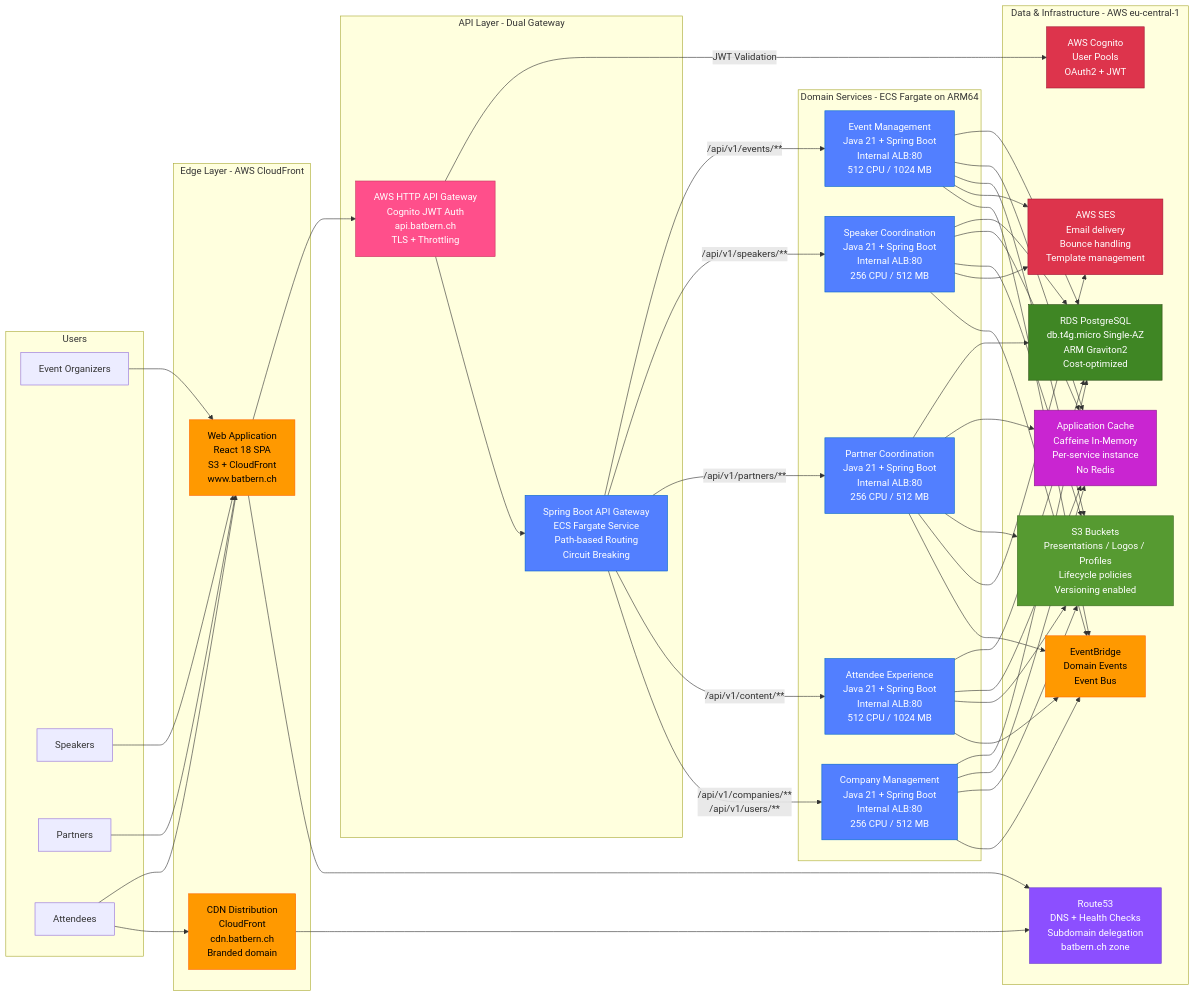
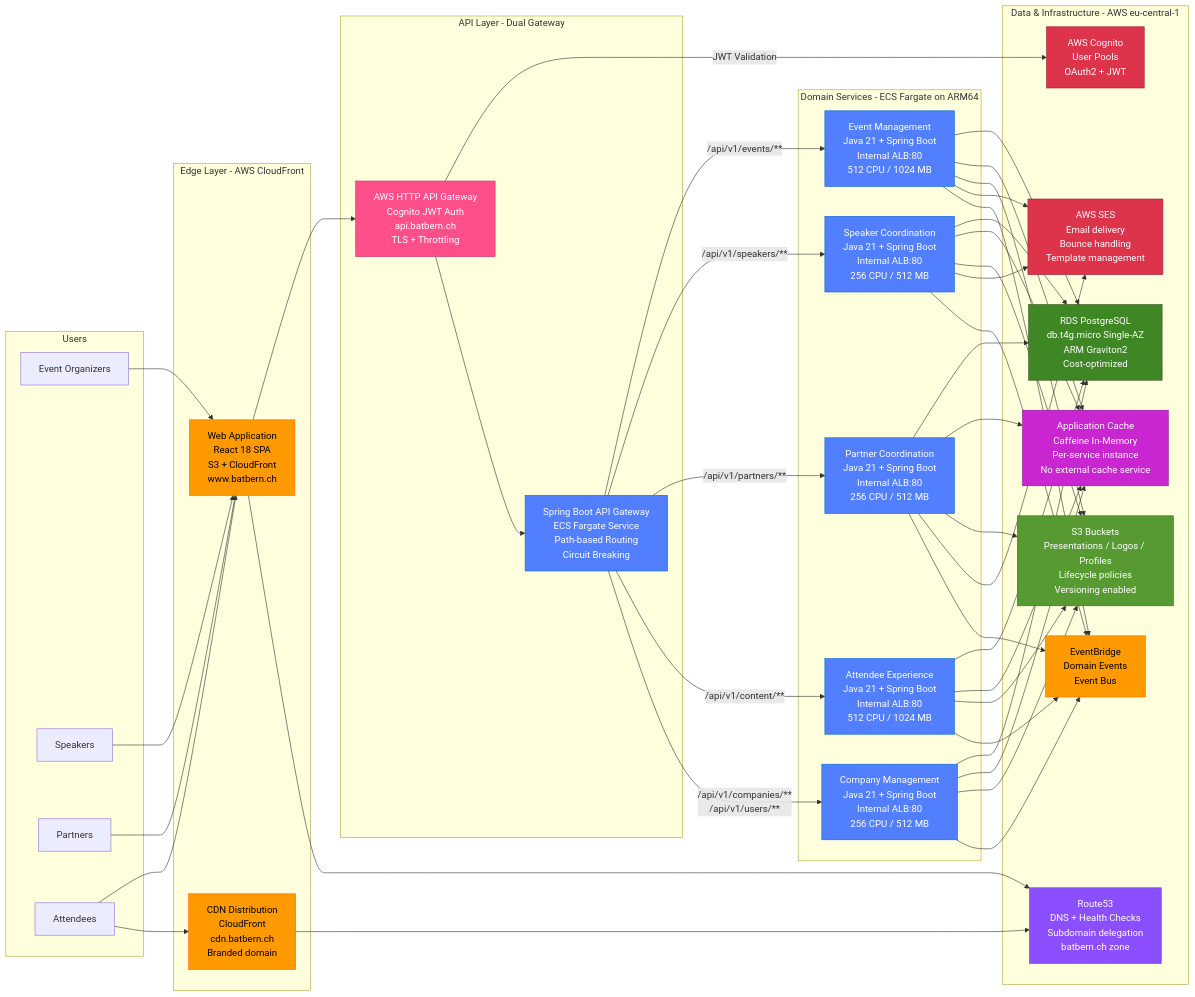
Before and after one commit to nissimbuchs/BATbern2: the second of 3 diagrams in docs/architecture/01-system-overview.md, drawn with Mermaid. The commit also changed other lines of this file and 31 other files, not shown here.

First line of the commit message:
docs: replace Redis with Caffeine across all documentation

````diff
--- a/docs/architecture/01-system-overview.md
+++ b/docs/architecture/01-system-overview.md
@@ -119,75 +119,75 @@
 ```mermaid
 graph LR
     subgraph "Users"
         A[Event Organizers]
         B[Speakers]
         C[Partners]
         D[Attendees]
     end
 
     subgraph "Edge Layer - AWS CloudFront"
         E[Web Application<br/>React 18 SPA<br/>S3 + CloudFront<br/>www.batbern.ch]
         Q[CDN Distribution<br/>CloudFront<br/>cdn.batbern.ch<br/>Branded domain]
     end
 
     subgraph "API Layer - Dual Gateway"
         G[AWS HTTP API Gateway<br/>Cognito JWT Auth<br/>api.batbern.ch<br/>TLS + Throttling]
         GW[Spring Boot API Gateway<br/>ECS Fargate Service<br/>Path-based Routing<br/>Circuit Breaking]
     end
 
     subgraph "Domain Services - ECS Fargate on ARM64"
         H[Event Management<br/>Java 21 + Spring Boot<br/>Internal ALB:80<br/>512 CPU / 1024 MB]
         I[Speaker Coordination<br/>Java 21 + Spring Boot<br/>Internal ALB:80<br/>256 CPU / 512 MB]
         J[Partner Coordination<br/>Java 21 + Spring Boot<br/>Internal ALB:80<br/>256 CPU / 512 MB]
         K[Attendee Experience<br/>Java 21 + Spring Boot<br/>Internal ALB:80<br/>512 CPU / 1024 MB]
         L[Company Management<br/>Java 21 + Spring Boot<br/>Internal ALB:80<br/>256 CPU / 512 MB]
     end
 
     subgraph "Data & Infrastructure - AWS eu-central-1"
         M[AWS Cognito<br/>User Pools<br/>OAuth2 + JWT]
         N[RDS PostgreSQL<br/>db.t4g.micro Single-AZ<br/>ARM Graviton2<br/>Cost-optimized]
-        O[Application Cache<br/>Caffeine In-Memory<br/>Per-service instance<br/>No Redis]
+        O[Application Cache<br/>Caffeine In-Memory<br/>Per-service instance<br/>No external cache service]
         P[S3 Buckets<br/>Presentations / Logos / Profiles<br/>Lifecycle policies<br/>Versioning enabled]
         R[AWS SES<br/>Email delivery<br/>Bounce handling<br/>Template management]
         S[Route53<br/>DNS + Health Checks<br/>Subdomain delegation<br/>batbern.ch zone]
         EB[EventBridge<br/>Domain Events<br/>Event Bus]
     end
 
     A & B & C & D --> E
     D --> Q
 
     E --> G
     G -->|JWT Validation| M
     G --> GW
 
     GW -->|/api/v1/events/**| H
     GW -->|/api/v1/speakers/**| I
     GW -->|/api/v1/partners/**| J
     GW -->|/api/v1/content/**| K
     GW -->|/api/v1/companies/**<br/>/api/v1/users/**| L
 
     H & I & J & K & L --> N
     H & I & J & K & L --> O
     H & I & J & K & L --> P
     H & I & J --> R
     H & I & J & K & L --> EB
 
     E & Q --> S
 
     style E fill:#FF9900,stroke:#FF6600,color:#000
     style Q fill:#FF9900,stroke:#FF6600,color:#000
     style G fill:#FF4F8B,stroke:#C7365F,color:#fff
     style GW fill:#527FFF,stroke:#0066CC,color:#fff
     style H fill:#527FFF,stroke:#0066CC,color:#fff
     style I fill:#527FFF,stroke:#0066CC,color:#fff
     style J fill:#527FFF,stroke:#0066CC,color:#fff
     style K fill:#527FFF,stroke:#0066CC,color:#fff
     style L fill:#527FFF,stroke:#0066CC,color:#fff
     style M fill:#DD344C,stroke:#A21835,color:#fff
     style N fill:#3F8624,stroke:#2D5016,color:#fff
     style O fill:#C925D1,stroke:#8B1A8B,color:#fff
     style P fill:#569A31,stroke:#3A6B1F,color:#fff
     style R fill:#DD344C,stroke:#A21835,color:#fff
     style S fill:#8C4FFF,stroke:#6B3ACC,color:#fff
     style EB fill:#FF9900,stroke:#FF6600,color:#000
 ```
````
